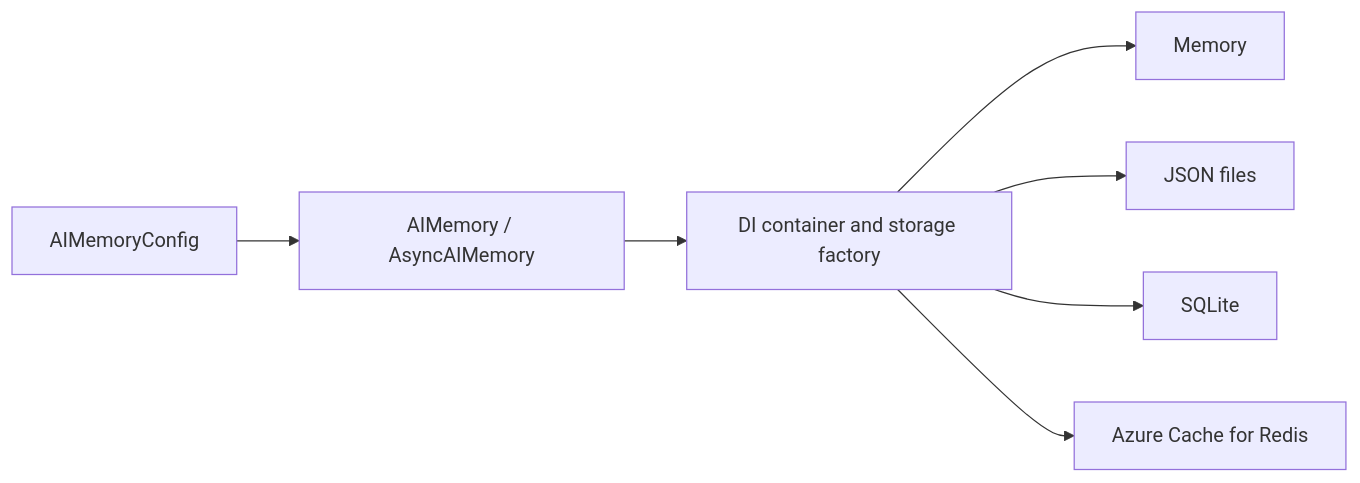
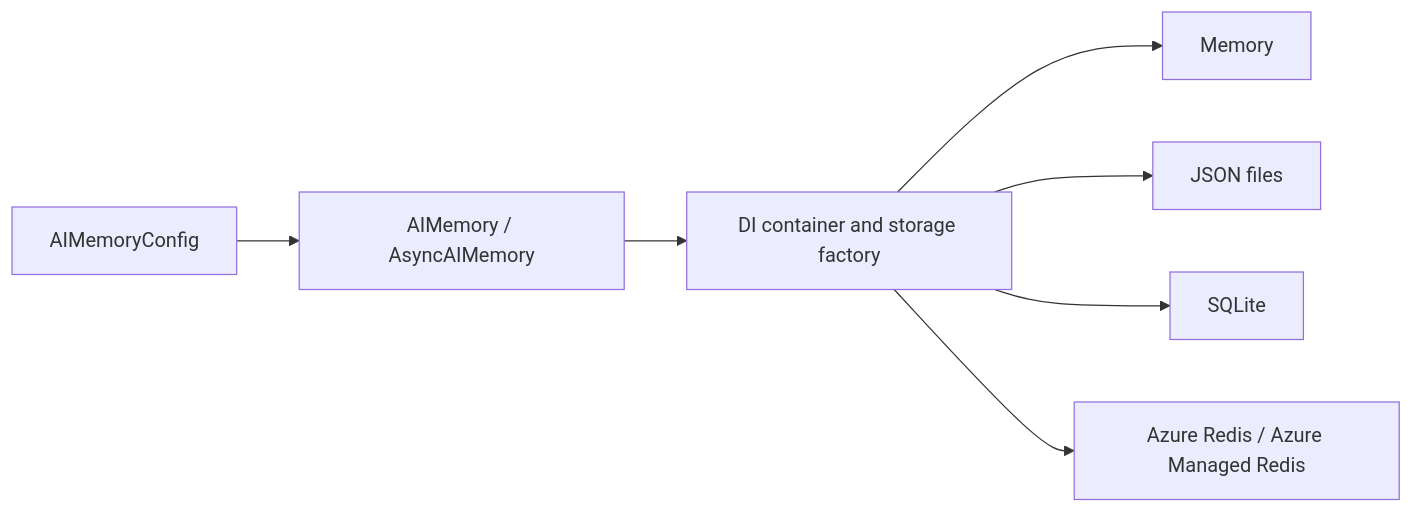
Before and after one commit to microsoft/nexamem: the diagram in NEW_ARCHITECTURE.md, drawn with Mermaid. The commit also changed 3 other files, not shown here.

Commit message:
Enhance installation and usage documentation, clarify setup steps, and improve examples for local persistence and Azure Redis compatibility

````diff
--- a/NEW_ARCHITECTURE.md
+++ b/NEW_ARCHITECTURE.md
@@ -9,9 +9,9 @@
 ```mermaid
 flowchart LR
     Config[AIMemoryConfig] --> Facade[AIMemory / AsyncAIMemory]
     Facade --> Container[DI container and storage factory]
     Container --> Memory[Memory]
     Container --> File[JSON files]
     Container --> SQLite[SQLite]
-    Container --> Redis[Azure Cache for Redis]
+    Container --> Redis[Azure Redis / Azure Managed Redis]
 ```
````
